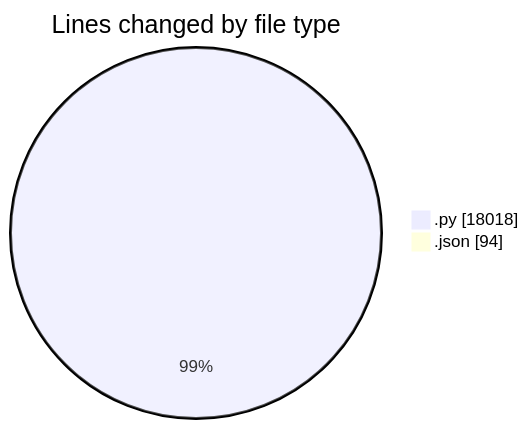
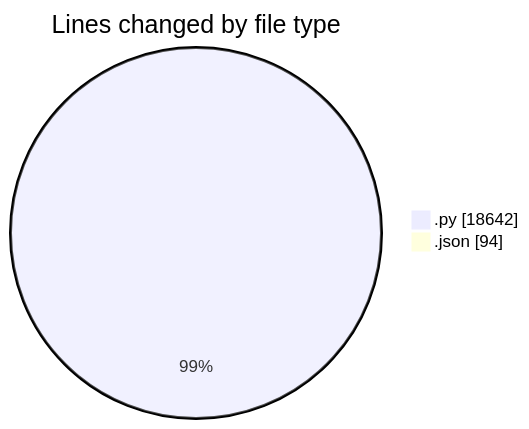
Before and after one commit to jrari/code-tracking: the first of 2 diagrams in 2025-07-14/telebot/README.md, drawn with Mermaid. The commit also changed other lines of this file and 1 other file, not shown here.

````diff
--- a/2025-07-14/telebot/README.md
+++ b/2025-07-14/telebot/README.md
@@ -42,6 +43,6 @@
 ```mermaid
 pie showData
 title Lines changed by file type
-".py" : 18018
+".py" : 18642
 ".json" : 94
 ```
````
